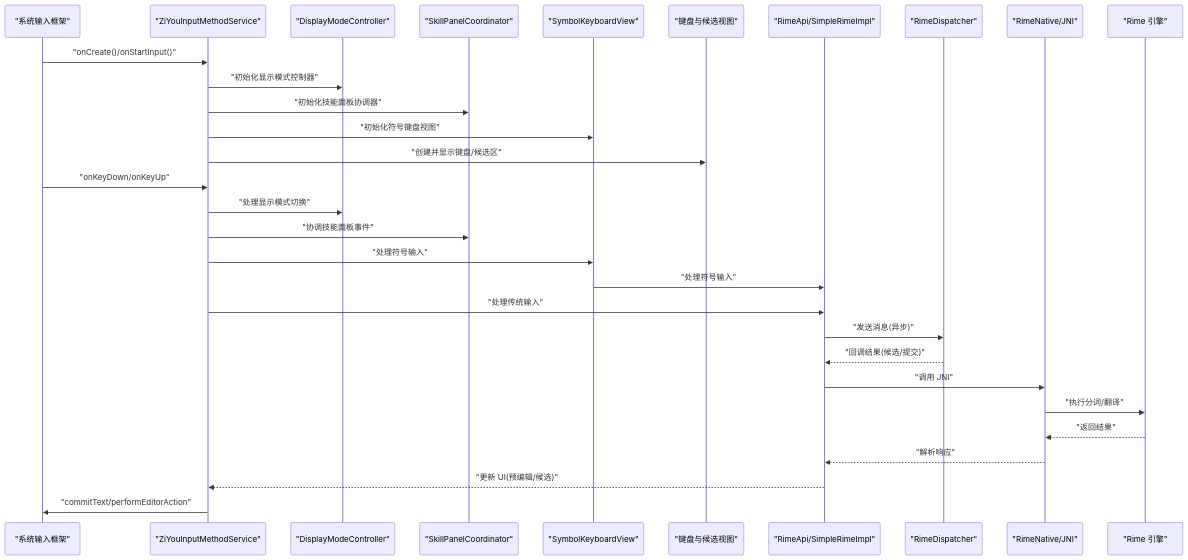
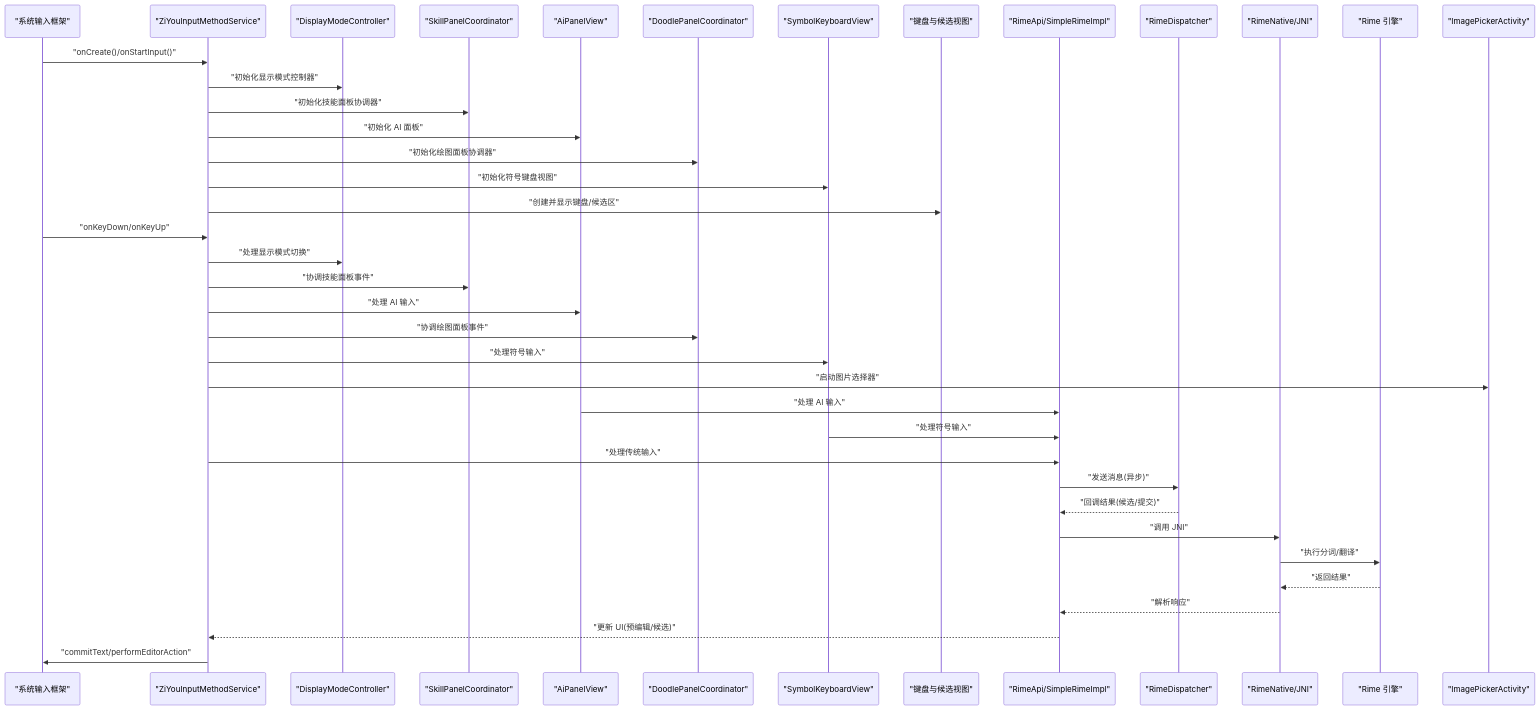
One commit to qiaodashaoye/ziyou-ime changed the second of 6 diagrams in .qoder/repowiki/zh/content/输入法服务.md. Above: the diagram before and after it, drawn with Mermaid. The commit also changed other lines of this file and 3 other files, not shown here.

````diff
--- a/.qoder/repowiki/zh/content/输入法服务.md
+++ b/.qoder/repowiki/zh/content/输入法服务.md
@@ -179,32 +200,41 @@
 ```mermaid
 sequenceDiagram
 participant System as "系统输入框架"
 participant Service as "ZiYouInputMethodService"
 participant ModeController as "DisplayModeController"
 participant SkillCoordinator as "SkillPanelCoordinator"
+participant AiPanel as "AiPanelView"
+participant DoodleCoordinator as "DoodlePanelCoordinator"
 participant SymbolView as "SymbolKeyboardView"
 participant Views as "键盘与候选视图"
 participant Core as "RimeApi/SimpleRimeImpl"
 participant Dispatcher as "RimeDispatcher"
 participant Native as "RimeNative/JNI"
 participant Engine as "Rime 引擎"
+participant ImagePicker as "ImagePickerActivity"
 System->>Service : "onCreate()/onStartInput()"
 Service->>ModeController : "初始化显示模式控制器"
 Service->>SkillCoordinator : "初始化技能面板协调器"
+Service->>AiPanel : "初始化 AI 面板"
+Service->>DoodleCoordinator : "初始化绘图面板协调器"
 Service->>SymbolView : "初始化符号键盘视图"
 Service->>Views : "创建并显示键盘/候选区"
 System->>Service : "onKeyDown/onKeyUp"
 Service->>ModeController : "处理显示模式切换"
 Service->>SkillCoordinator : "协调技能面板事件"
+Service->>AiPanel : "处理 AI 输入"
+Service->>DoodleCoordinator : "协调绘图面板事件"
 Service->>SymbolView : "处理符号输入"
+Service->>ImagePicker : "启动图片选择器"
+AiPanel->>Core : "处理 AI 输入"
 SymbolView->>Core : "处理符号输入"
 Service->>Core : "处理传统输入"
 Core->>Dispatcher : "发送消息(异步)"
 Dispatcher-->>Core : "回调结果(候选/提交)"
 Core->>Native : "调用 JNI"
 Native->>Engine : "执行分词/翻译"
 Engine-->>Native : "返回结果"
 Native-->>Core : "解析响应"
 Core-->>Service : "更新 UI(预编辑/候选)"
 Service->>System : "commitText/performEditorAction"
 ```
````
